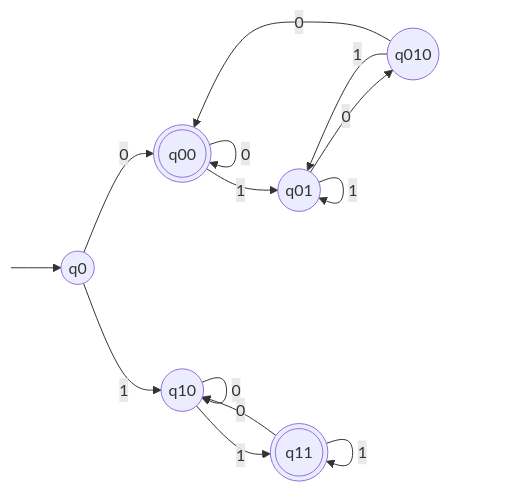
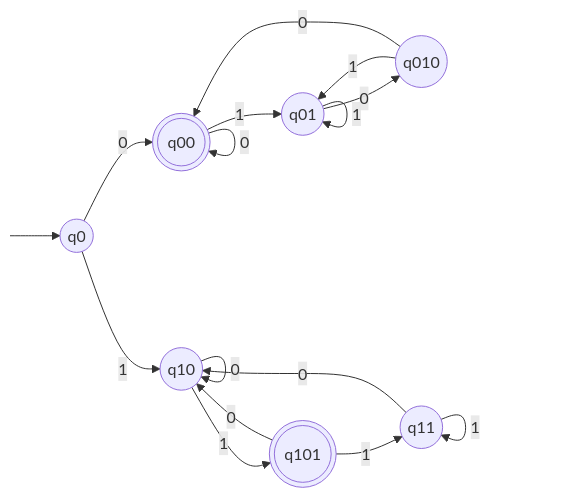
One commit to bfeitknecht/vault changed the first of 4 diagrams in sem3/TIN/UE/bf/TI-bf-u04.md. Above: the diagram before and after it, drawn with Mermaid. The commit also changed other lines of this file and 19 other files, not shown here.

````diff
--- a/sem3/TIN/UE/bf/TI-bf-u04.md
+++ b/sem3/TIN/UE/bf/TI-bf-u04.md
@@ -11,31 +11,37 @@
 ```mermaid
 flowchart LR
 
 classDef hidden display: none;
 
 S:::hidden
 
 q0((q0))
 q00(((q00)))
 q01((q01))
 q010((q010))
+
+%% q1((q1))
 q10((q10))
-q11(((q11)))
-
+q11((q11))
+q101(((q101)))
 
 S --> q0
 q0 -->|"0"| q00
 q0 -->|"1"| q10
 
 q00 -->|"0"| q00
 q00 -->|"1"| q01
 q01 -->|"1"| q01
 q01 -->|"0"| q010
 q010 -->|"1"| q01
 q010 -->|"0"| q00
 
-q10 -->|"1"| q11
+%% q1 -->|"0"| q1
+%% q1 -->|"1"| q101
+q101 -->|"0"| q10
+q101 -->|"1"| q11
+q10 -->|"0"| q10
+q10 -->|"1"| q101
+q11 -->|"0"| q10
 q11 -->|"1"| q11
-q11 -->|"0"| q10
-q10 -->|"0"| q10
 ```
````
